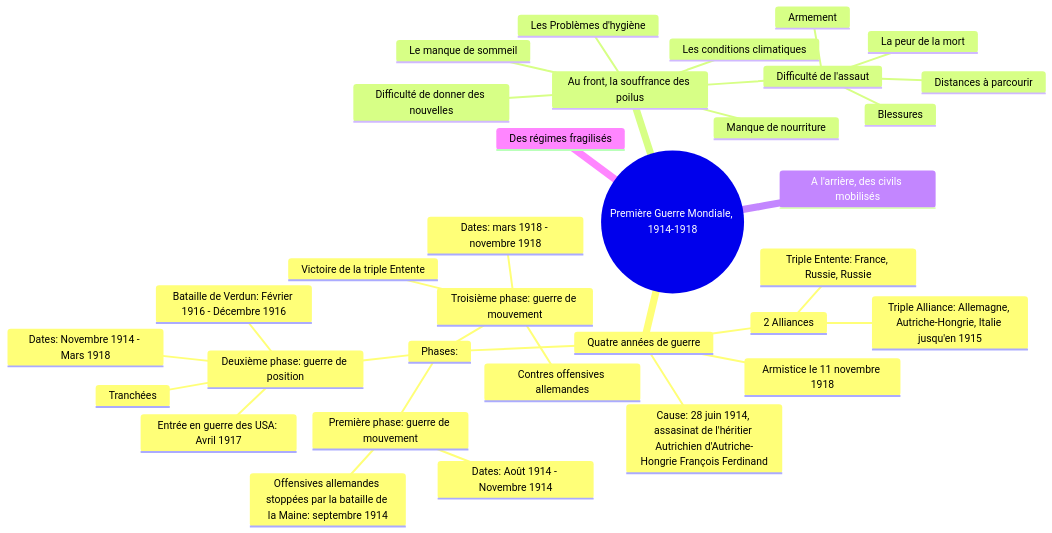
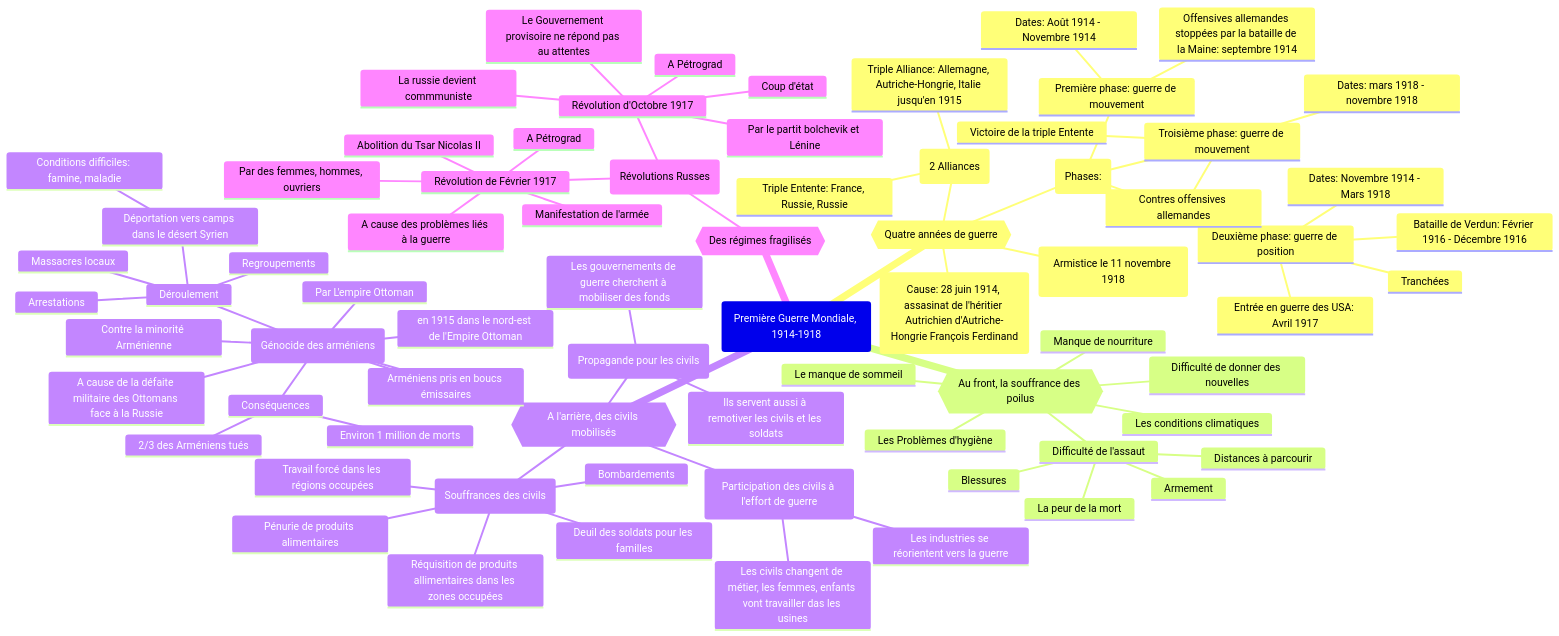
Before and after one commit to Labfox/Cours: the second of 2 diagrams in docs/history-geography/theme1/chapter1/main.md, drawn with Mermaid. The commit also changed other lines of this file and 4 other files, not shown here.

````diff
--- a/docs/history-geography/theme1/chapter1/main.md
+++ b/docs/history-geography/theme1/chapter1/main.md
@@ -222,36 +222,76 @@
 ```mermaid
 mindmap
-    root((Première Guerre Mondiale, 1914-1918))
-        Quatre années de guerre
-            Cause: 28 juin 1914, assasinat de l#39;héritier Autrichien d#39;Autriche-Hongrie François Ferdinand
-            2 Alliances
+    root(Première Guerre Mondiale, 1914-1918)
+        {{Quatre années de guerre}}
+            (Cause: 28 juin 1914, assasinat de l#39;héritier Autrichien d#39;Autriche-Hongrie François Ferdinand)
+            (2 Alliances)
                 Triple Entente: France, Russie, Russie
                 Triple Alliance: Allemagne, Autriche-Hongrie, Italie jusqu#39;en 1915
-            Phases:
+            (Phases:)
                 Première phase: guerre de mouvement
                     Dates: Août 1914 - Novembre 1914
                     Offensives allemandes stoppées par la bataille de la Maine: septembre 1914
                 Deuxième phase: guerre de position
                     Dates: Novembre 1914 - Mars 1918
                     Tranchées
                     Bataille de Verdun: Février 1916 - Décembre 1916
                     Entrée en guerre des USA: Avril 1917
                 Troisième phase: guerre de mouvement
                     Dates: mars 1918 - novembre 1918
                     Contres offensives allemandes
                     Victoire de la triple Entente
-            Armistice le 11 novembre 1918
-        Au front, la souffrance des poilus
+            (Armistice le 11 novembre 1918)
+        {{Au front, la souffrance des poilus}}
             Difficulté de l#39;assaut
                 Distances à parcourir
                 Armement
                 Blessures
                 La peur de la mort
             Manque de nourriture
             Difficulté de donner des nouvelles
             Les conditions climatiques
             Le manque de sommeil
-            Les Problèmes d'hygiène
-        A l#39;arrière, des civils mobilisés
-        Des régimes fragilisés
+            Les Problèmes d#39;hygiène
+        {{A l#39;arrière, des civils mobilisés}}
+            (Participation des civils à l#39;effort de guerre)
+                Les industries se réorientent vers la guerre
+                Les civils changent de métier, les femmes, enfants vont travailler das les usines
+            (Propagande pour les civils)
+                Les gouvernements de guerre cherchent à mobiliser des fonds
+                Ils servent aussi à remotiver les civils et les soldats
+            (Souffrances des civils)
+                Pénurie de produits alimentaires
+                Deuil des soldats pour les familles
+                Réquisition de produits allimentaires dans les zones occupées
+                Bombardements
+                Travail forcé dans les régions occupées
+            (Génocide des arméniens)
+                    en 1915 dans le nord-est de l#39;Empire Ottoman
+                    Par L#39;empire Ottoman
+                    Contre la minorité Arménienne
+                    A cause de la défaite militaire des Ottomans face à la Russie
+                    Arméniens pris en boucs émissaires
+                    Déroulement
+                        Arrestations
+                        Regroupements
+                        Massacres locaux
+                        Déportation vers camps dans le désert Syrien
+                            Conditions difficiles: famine, maladie
+                    Conséquences
+                        2/3 des Arméniens tués
+                        Environ 1 million de morts
+        {{Des régimes fragilisés}}
+            (Révolutions Russes)
+                Révolution de Février 1917
+                    Par des femmes, hommes, ouvriers
+                    A Pétrograd
+                    A cause des problèmes liés à la guerre
+                    Manifestation de l#39;armée
+                    Abolition du Tsar Nicolas II
+                Révolution d#39;Octobre 1917
+                    Par le partit bolchevik et Lénine
+                    A Pétrograd
+                    Le Gouvernement provisoire ne répond pas au attentes
+                    Coup d#39;état
+                    La russie devient commmuniste
 ```
````
